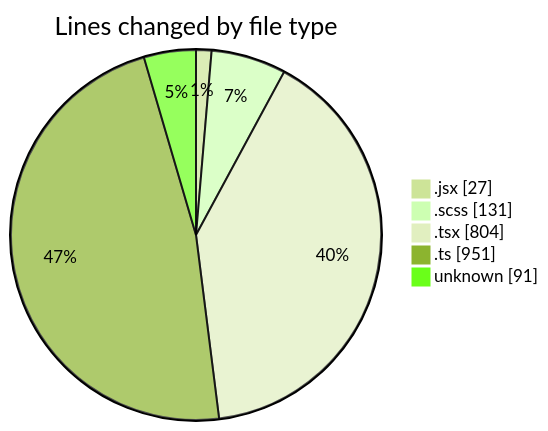
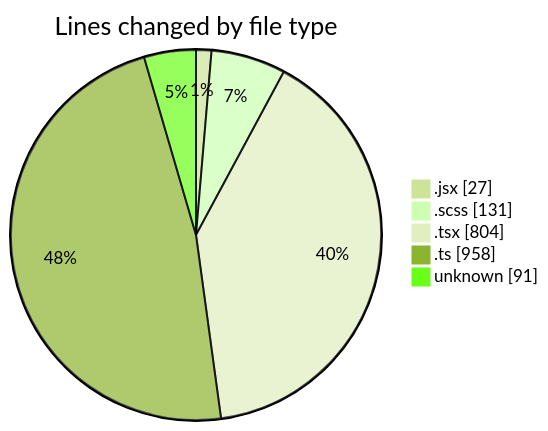
Before and after one commit to momahboobian/code-tracking: the first of 2 diagrams in 2026-03-16/cda/README.md, drawn with Mermaid (forest theme). The commit also changed other lines of this file and 1 other file, not shown here.

````diff
--- a/2026-03-16/cda/README.md
+++ b/2026-03-16/cda/README.md
@@ -32,9 +32,9 @@
 ```mermaid
 pie showData
 title Lines changed by file type
 ".jsx" : 27
 ".scss" : 131
 ".tsx" : 804
-".ts" : 951
+".ts" : 958
 "unknown" : 91
 ```
````
